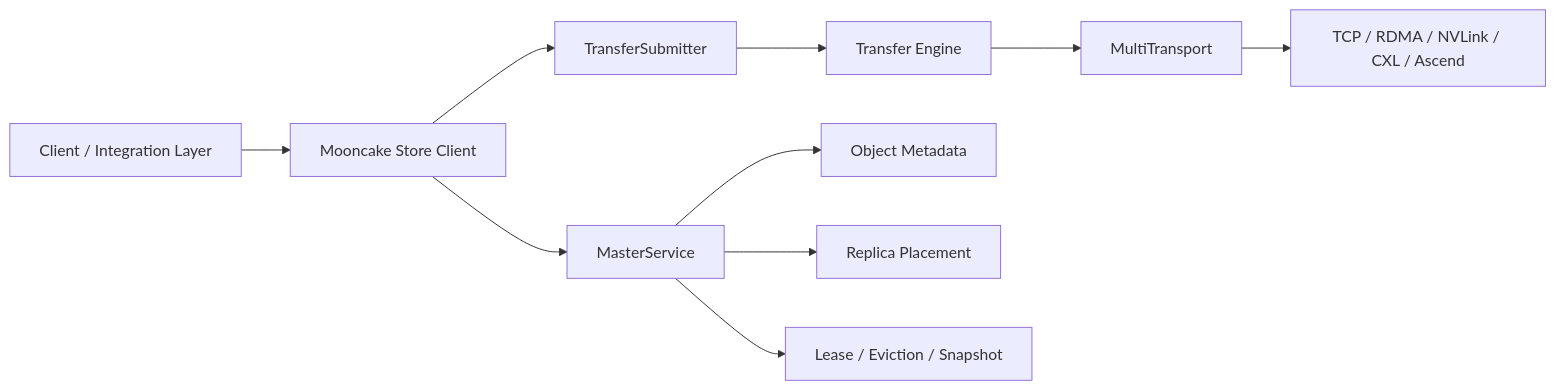
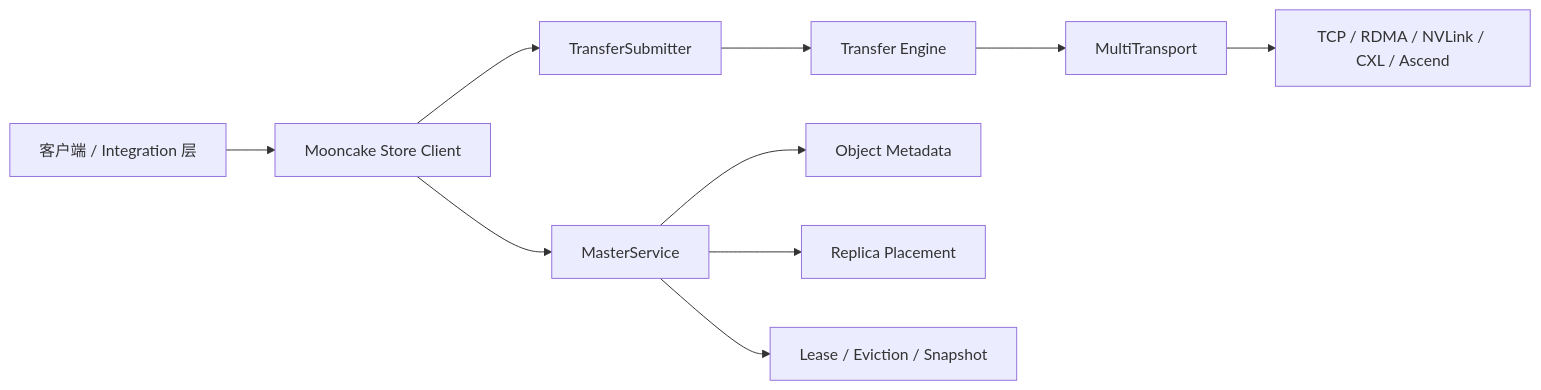
Before and after one commit to bigboywwn/AI_coding: the first of 3 diagrams in docs/mooncake-analysis.md, drawn with Mermaid. The commit also changed other lines of this file and 3 other files, not shown here.

````diff
--- a/docs/mooncake-analysis.md
+++ b/docs/mooncake-analysis.md
@@ -57,12 +57,12 @@
 ```mermaid
 flowchart LR
-  A["Client / Integration Layer"] --> B["Mooncake Store Client"]
+  A["客户端 / Integration 层"] --> B["Mooncake Store Client"]
   B --> C["MasterService"]
   B --> D["TransferSubmitter"]
   D --> E["Transfer Engine"]
   E --> F["MultiTransport"]
   F --> G["TCP / RDMA / NVLink / CXL / Ascend"]
   C --> H["Object Metadata"]
   C --> I["Replica Placement"]
   C --> J["Lease / Eviction / Snapshot"]
 ```
````
